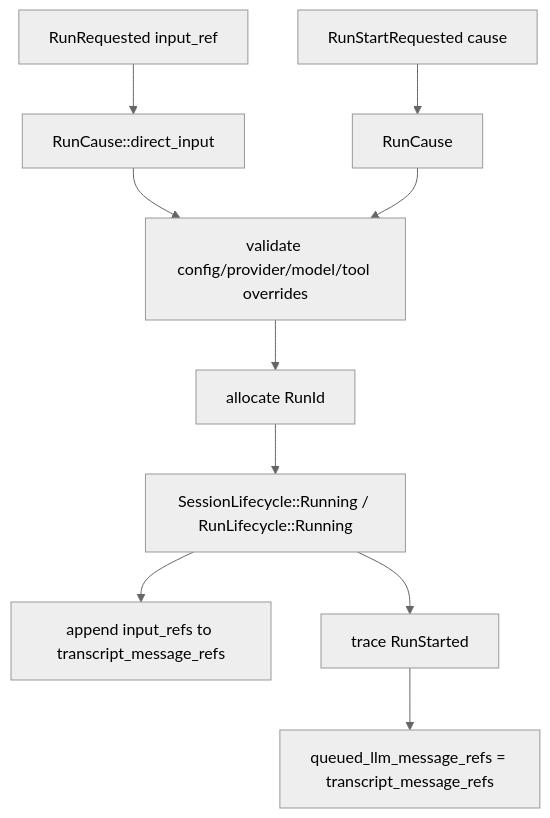
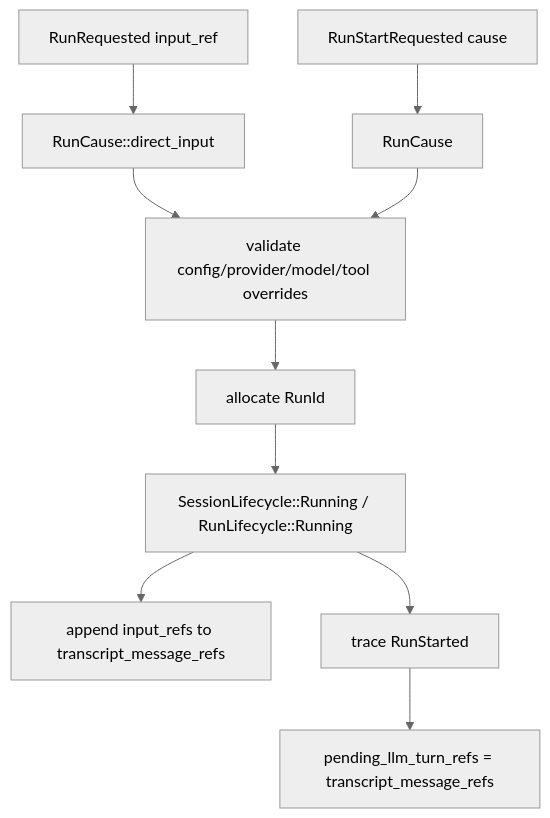
Before and after one commit to smartcomputer-ai/agent-os: the seventh of 22 diagrams in roadmap/v0.30-agent/visual-guide.md, drawn with Mermaid (neutral theme). The commit also changed other lines of this file and 15 other files, not shown here.

````diff
--- a/roadmap/v0.30-agent/visual-guide.md
+++ b/roadmap/v0.30-agent/visual-guide.md
@@ -407,12 +407,12 @@
 ```mermaid
 flowchart TD
   RunRequested[RunRequested input_ref] --> DirectCause[RunCause::direct_input]
   RunStartRequested[RunStartRequested cause] --> Cause[RunCause]
   DirectCause --> Validate[validate config/provider/model/tool overrides]
   Cause --> Validate
   Validate --> Allocate[allocate RunId]
   Allocate --> Running[SessionLifecycle::Running / RunLifecycle::Running]
   Running --> Transcript[append input_refs to transcript_message_refs]
   Running --> TraceStart[trace RunStarted]
-  TraceStart --> QueueLLM[queued_llm_message_refs = transcript_message_refs]
+  TraceStart --> QueueLLM[pending_llm_turn_refs = transcript_message_refs]
 ```
````
